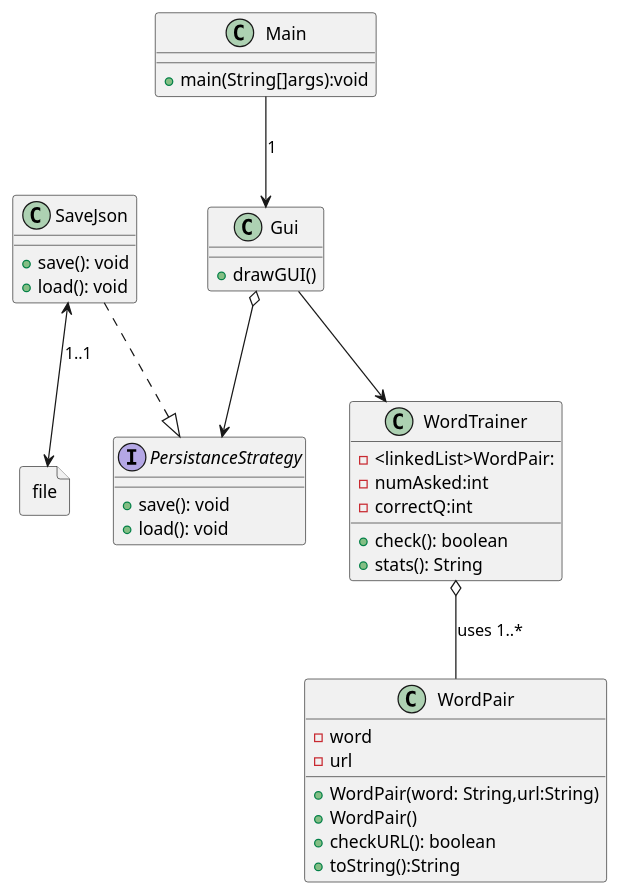
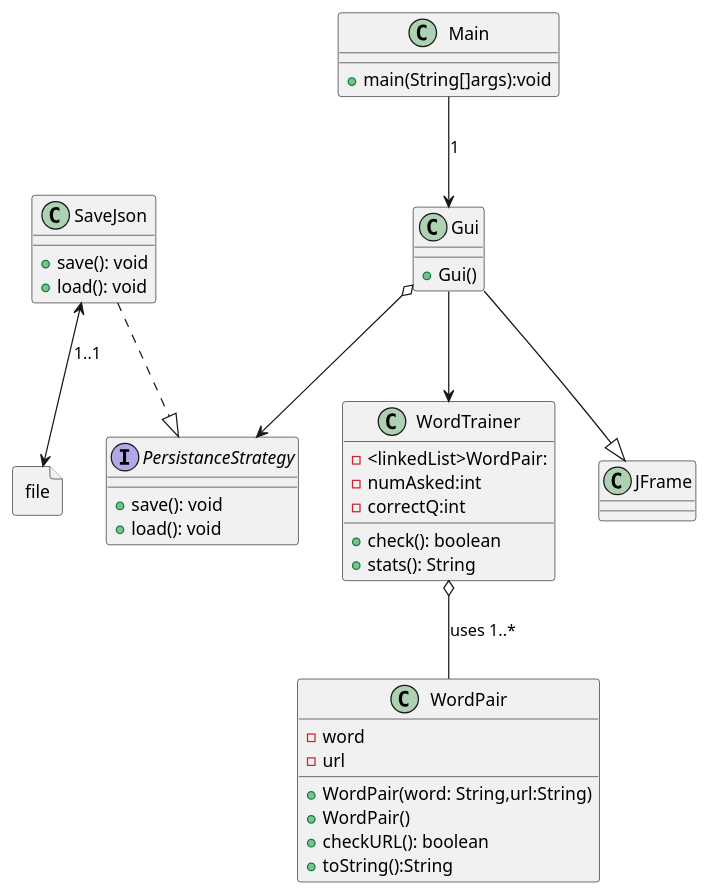
Before and after one commit to TGM-HIT/sew9-2425-worttrainer-Ubetterbisoft: the diagram in Worttrainer4/src/main/java/UML.puml, drawn with PlantUML. The commit also changed 2 other files, not shown here.

Commit message:
Erste Gui implementierung

```diff
--- a/Worttrainer4/src/main/java/UML.puml
+++ b/Worttrainer4/src/main/java/UML.puml
@@ -1,54 +1,58 @@
 @startuml
 'https://plantuml.com/sequence-diagram
 
 class Main{
     +main(String[]args):void
 }
 class WordTrainer {
     -<linkedList>WordPair:
     -numAsked:int
     -correctQ:int
 
 
 
     +check(): boolean
     +stats(): String
 }
 
 class WordPair {
     - word
     - url
     +WordPair(word: String,url:String)
     +WordPair()
     +checkURL(): boolean
     + toString():String
 
 
 }
 
 class Gui {
-    + drawGUI()
+    + Gui()
 
+
+}
+class JFrame{
 }
 interface PersistanceStrategy{
     +save(): void
     +load(): void
 }
 class SaveJson{
     +save(): void
     +load(): void
 }
 
 file file{
 
 }
 
 WordTrainer o-- WordPair: uses 1..*
 Gui --> WordTrainer
 Gui o--> PersistanceStrategy
 SaveJson <--> file:1..1
 Main --> Gui: 1
 SaveJson ..|> PersistanceStrategy
+Gui --|> JFrame
 
 
 @enduml
```
